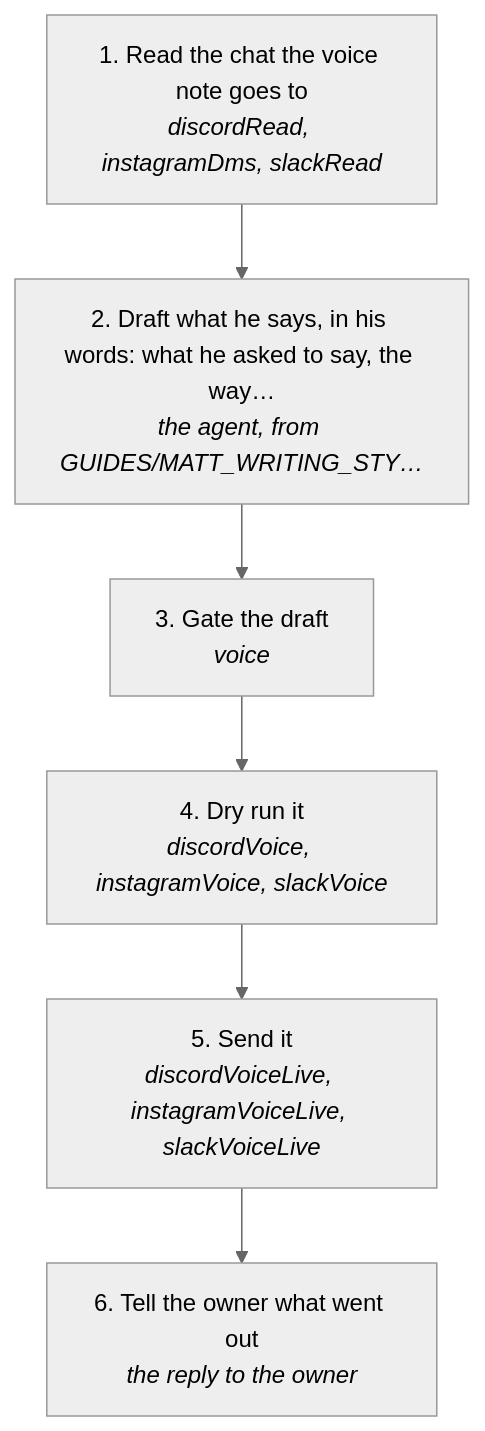
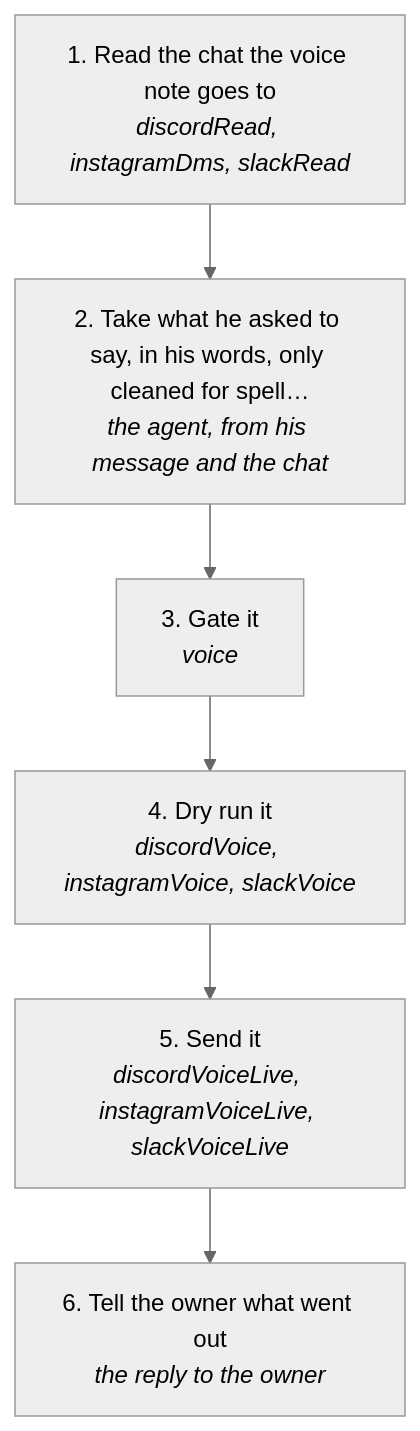
Before and after one commit to matthewdonsemail-lab/log: the diagram in docs/useCases/inbox/voiceNote.md, drawn with Mermaid (neutral theme). The commit also changed other lines of this file and 60 other files, not shown here.

````diff
--- a/docs/useCases/inbox/voiceNote.md
+++ b/docs/useCases/inbox/voiceNote.md
@@ -14,14 +14,14 @@
 ```mermaid
 flowchart TD
   s0["1. Read the chat the voice note goes to<br/><i>discordRead, instagramDms, slackRead</i>"]
-  s1["2. Draft what he says, in his words: what he asked to say, the way…<br/><i>the agent, from GUIDES/MATT_WRITING_STY…</i>"]
-  s2["3. Gate the draft<br/><i>voice</i>"]
+  s1["2. Take what he asked to say, in his words, only cleaned for spell…<br/><i>the agent, from his message and the chat</i>"]
+  s2["3. Gate it<br/><i>voice</i>"]
   s3["4. Dry run it<br/><i>discordVoice, instagramVoice, slackVoice</i>"]
   s4["5. Send it<br/><i>discordVoiceLive, instagramVoiceLive, slackVoiceLive</i>"]
   s5["6. Tell the owner what went out<br/><i>the reply to the owner</i>"]
   s0 --> s1
   s1 --> s2
   s2 --> s3
   s3 --> s4
   s4 --> s5
 ```
````
